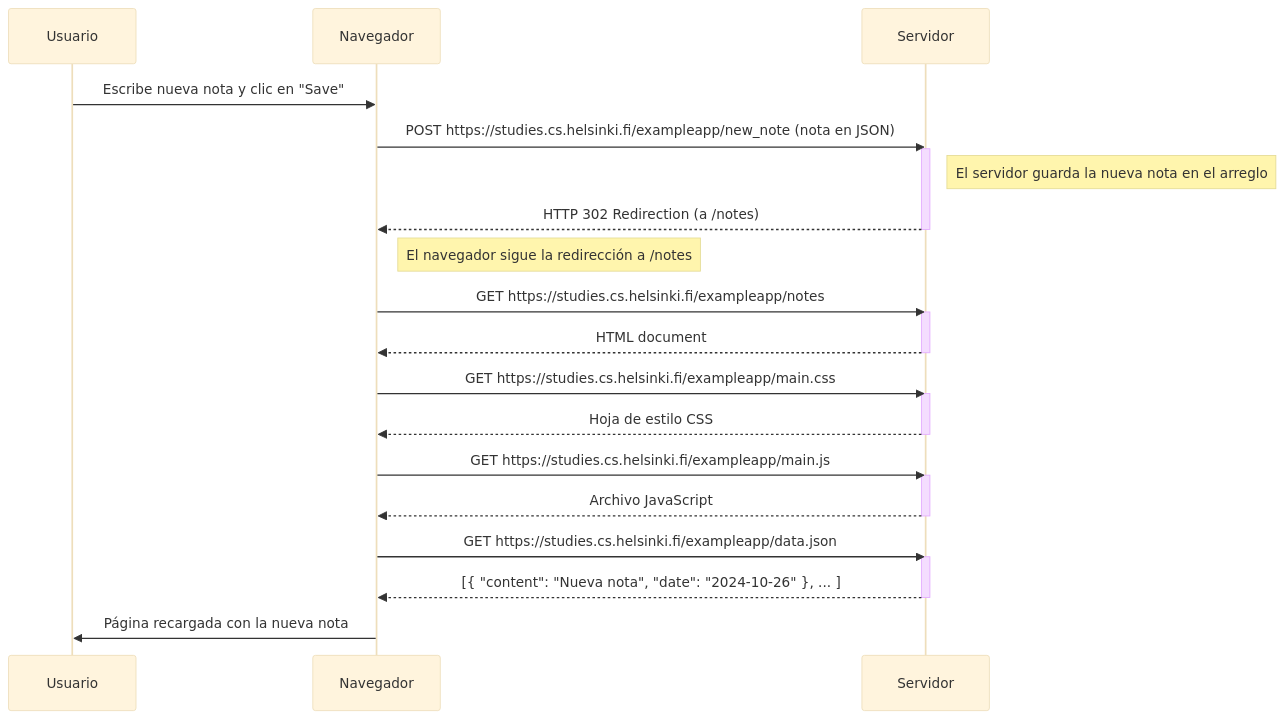
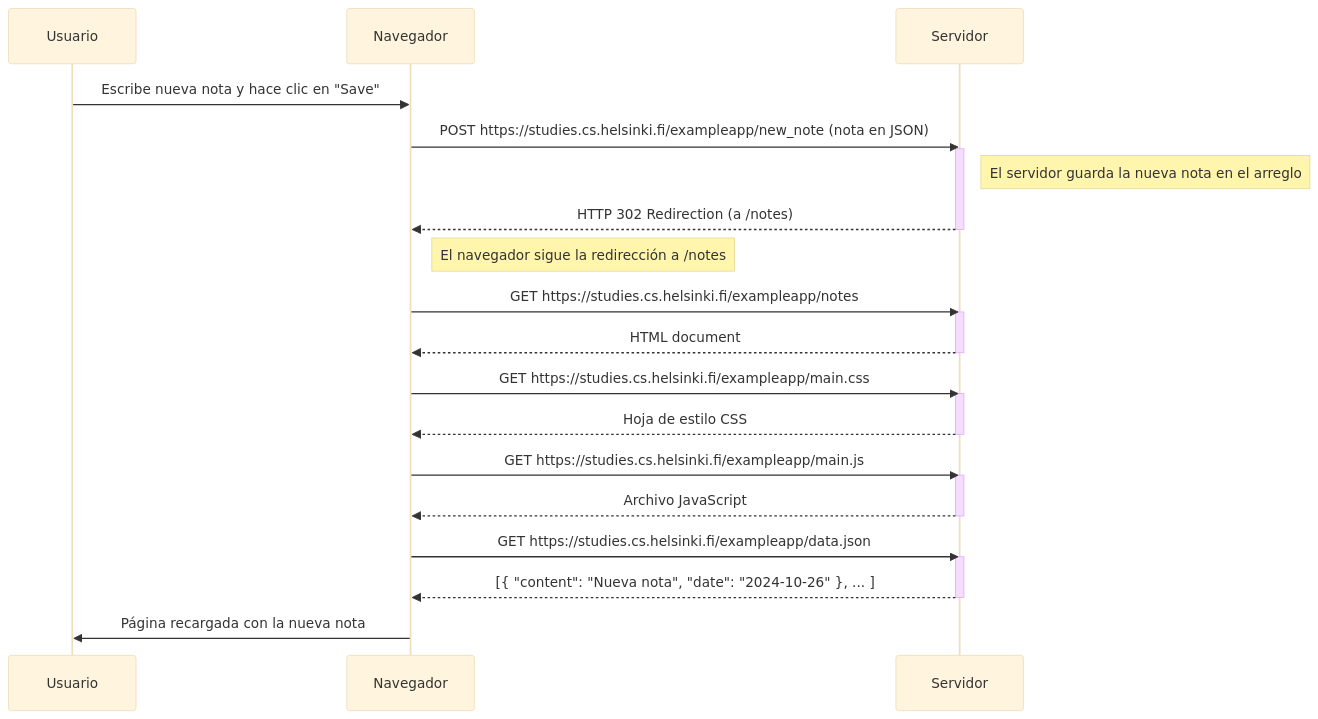
Before and after one commit to xing01/FullStackOpenYang: the diagram in part0/NewNoteDiagram.md, drawn with Mermaid (base theme). The commit also changed 1 other file, not shown here.

Commit message:
Single Page App Diagram

````diff
--- a/part0/NewNoteDiagram.md
+++ b/part0/NewNoteDiagram.md
@@ -3,41 +3,42 @@
 ```mermaid
 
 sequenceDiagram
+
     participant user as Usuario
     participant browser as Navegador
     participant server as Servidor
 
-    user->>browser: Escribe nueva nota y clic en "Save"
+    user->>browser: Escribe nueva nota y hace clic en "Save"
     
     browser->>server: POST https://studies.cs.helsinki.fi/exampleapp/new_note (nota en JSON)
     activate server
     Note right of server: El servidor guarda la nueva nota en el arreglo
 
     server-->>browser: HTTP 302 Redirection (a /notes)
     deactivate server
 
     Note right of browser: El navegador sigue la redirección a /notes
     
     browser->>server: GET https://studies.cs.helsinki.fi/exampleapp/notes
     activate server
     server-->>browser: HTML document
     deactivate server
 
     browser->>server: GET https://studies.cs.helsinki.fi/exampleapp/main.css
     activate server
     server-->>browser: Hoja de estilo CSS
     deactivate server
 
     browser->>server: GET https://studies.cs.helsinki.fi/exampleapp/main.js
     activate server
     server-->>browser: Archivo JavaScript
     deactivate server
 
     browser->>server: GET https://studies.cs.helsinki.fi/exampleapp/data.json
     activate server
     server-->>browser: [{ "content": "Nueva nota", "date": "2024-10-26" }, ... ]
     deactivate server
 
     browser->>user: Página recargada con la nueva nota
 
 ```
````
